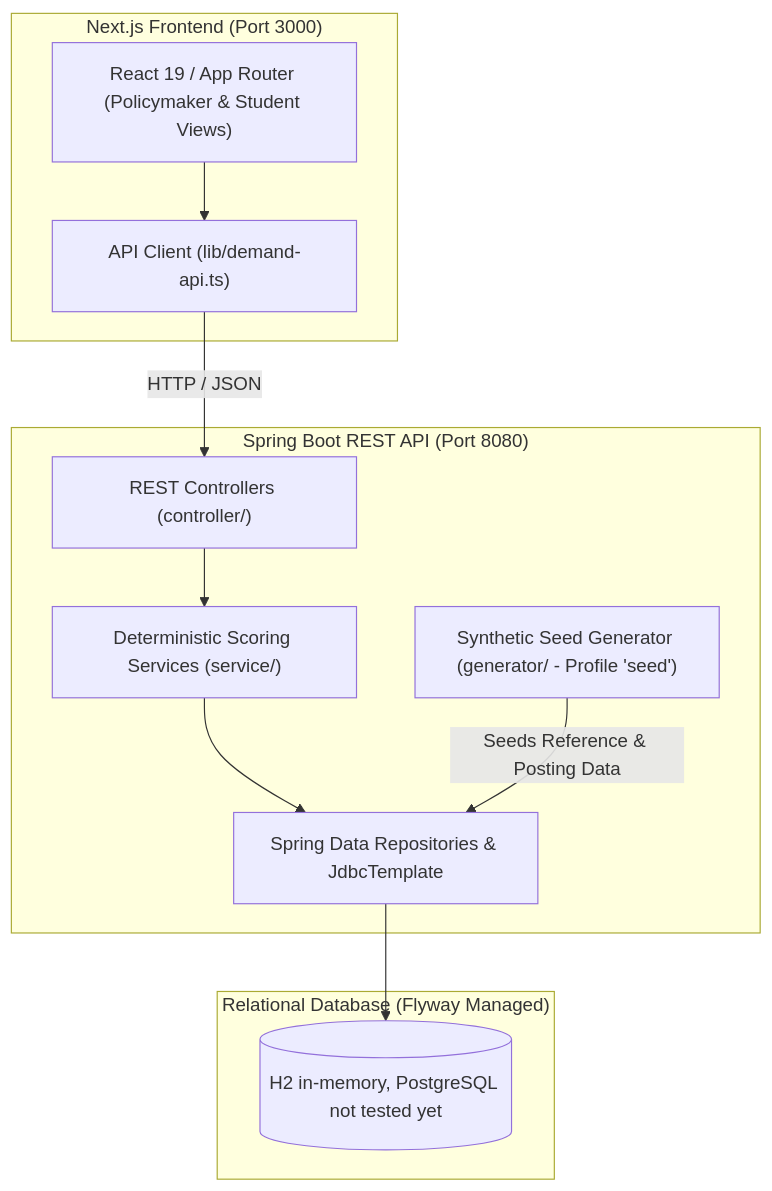
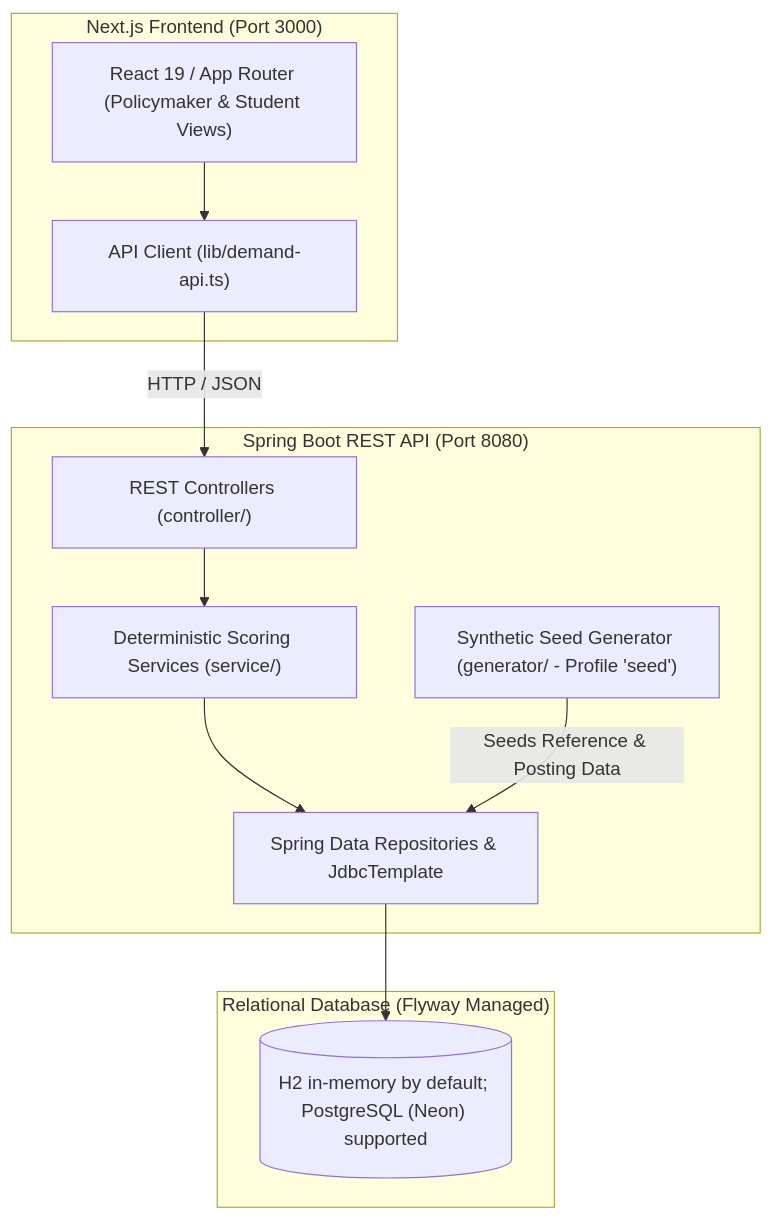
The diagram in README.md (bhavadeepmanchala/skillpath), drawn with Mermaid before and after one commit. The commit also changed other lines of this file and 5 other files, not shown here.

Commit message:
Add PostgreSQL (Neon) profile, safe seeding checks and endpoint comparison script

````diff
--- a/README.md
+++ b/README.md
@@ -44,25 +44,25 @@
 ```mermaid
 flowchart TD
     subgraph Frontend["Next.js Frontend (Port 3000)"]
         UI["React 19 / App Router (Policymaker & Student Views)"]
         ApiClient["API Client (lib/demand-api.ts)"]
         UI --> ApiClient
     end
 
     subgraph Backend["Spring Boot REST API (Port 8080)"]
         Controller["REST Controllers (controller/)"]
         Service["Deterministic Scoring Services (service/)"]
         Generator["Synthetic Seed Generator (generator/ - Profile 'seed')"]
         Repo["Spring Data Repositories & JdbcTemplate"]
 
         ApiClient -->|HTTP / JSON| Controller
         Controller --> Service
         Service --> Repo
         Generator -->|Seeds Reference & Posting Data| Repo
     end
 
     subgraph Database["Relational Database (Flyway Managed)"]
-        DB[("H2 in-memory, PostgreSQL not tested yet")]
+        DB[("H2 in-memory by default; PostgreSQL (Neon) supported")]
         Repo --> DB
     end
 ```
````
